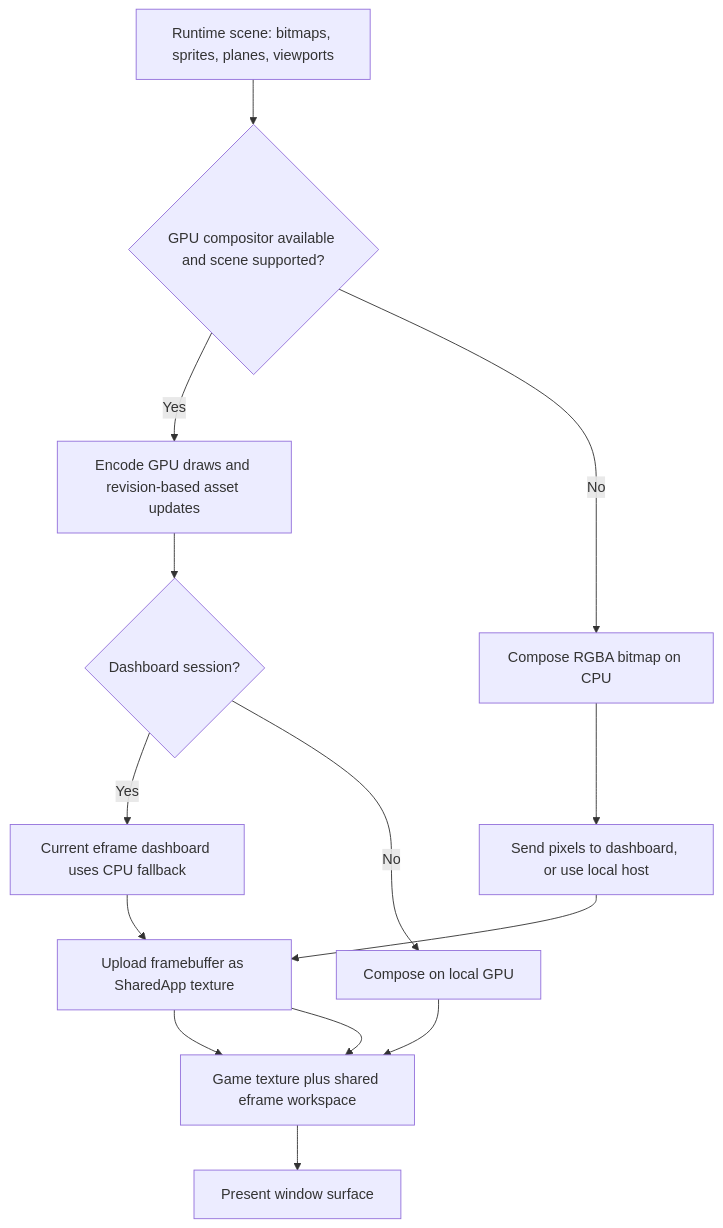
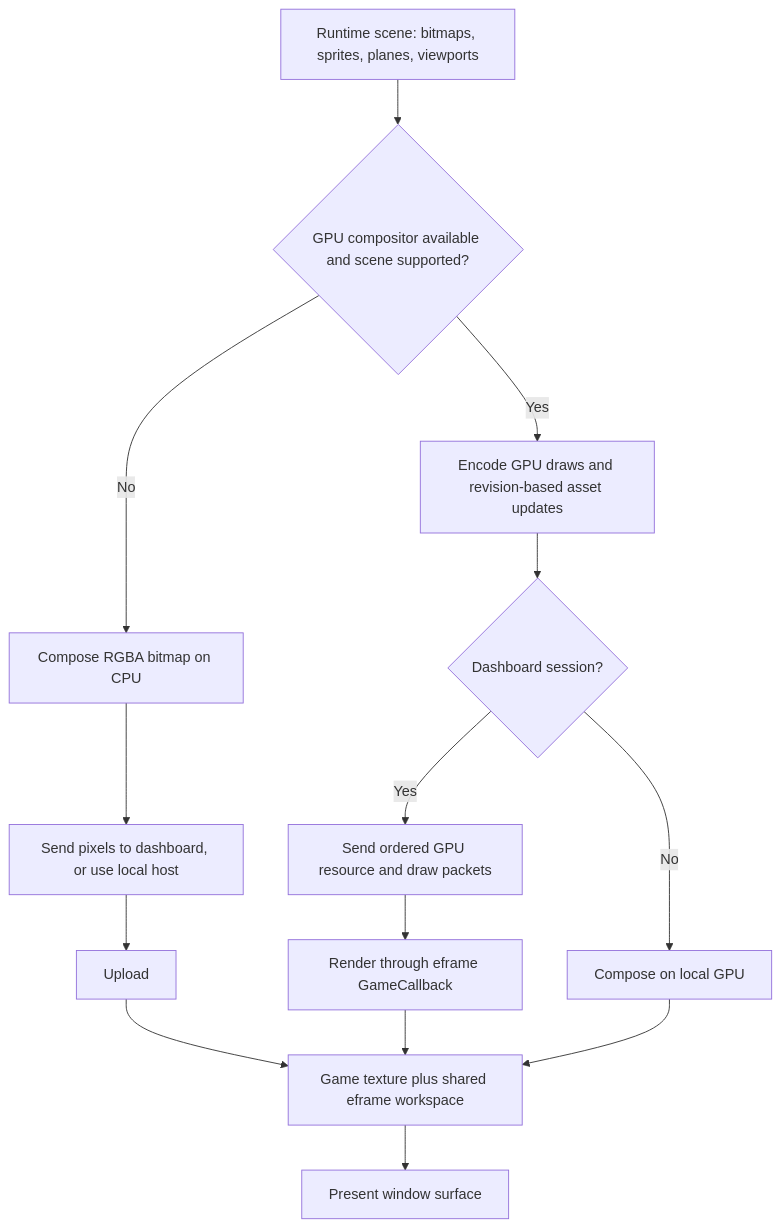
The fourth of 5 diagrams in docs/architecture.md (Rucadi/rsxp), drawn with Mermaid before and after one commit. The commit also changed other lines of this file and 15 other files, not shown here.

````diff
--- a/docs/architecture.md
+++ b/docs/architecture.md
@@ -241,16 +241,16 @@
 ```mermaid
 flowchart TD
     Scene["Runtime scene: bitmaps, sprites, planes, viewports"] --> Eligible{"GPU compositor available and scene supported?"}
     Eligible -->|"Yes"| Draws["Encode GPU draws and revision-based asset updates"]
     Eligible -->|"No"| CPU["Compose RGBA bitmap on CPU"]
     Draws --> Remote{"Dashboard session?"}
-    Remote -->|"Yes"| Packet["Current eframe dashboard uses CPU fallback"]
-    Packet --> Upload["Upload framebuffer as SharedApp texture"]
+    Remote -->|"Yes"| Packet["Send ordered GPU resource and draw packets"]
+    Packet --> Callback["Render through eframe GameCallback"]
     Remote -->|"No"| Local["Compose on local GPU"]
     CPU --> Pixels["Send pixels to dashboard, or use local host"]
     Pixels --> Upload
     Upload --> Display["Game texture plus shared eframe workspace"]
+    Callback --> Display
     Local --> Display
-    Upload --> Display
     Display --> Window["Present window surface"]
 ```
````
